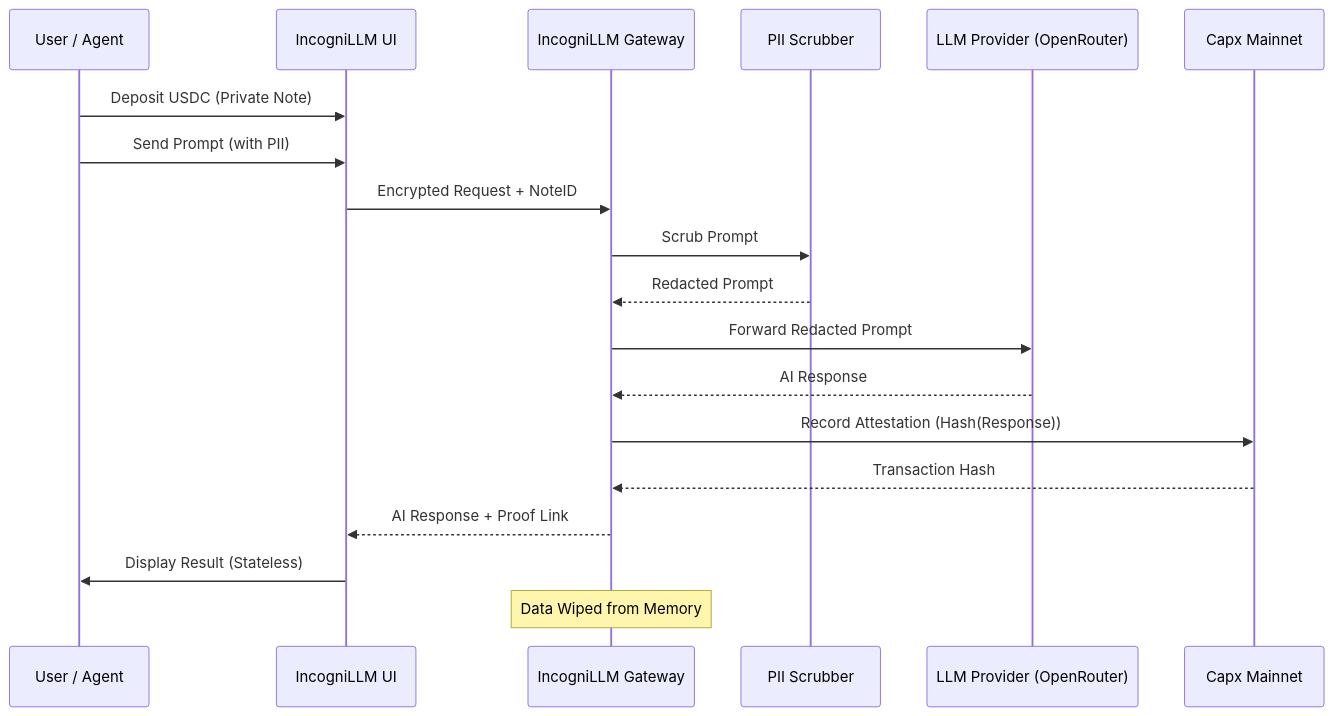
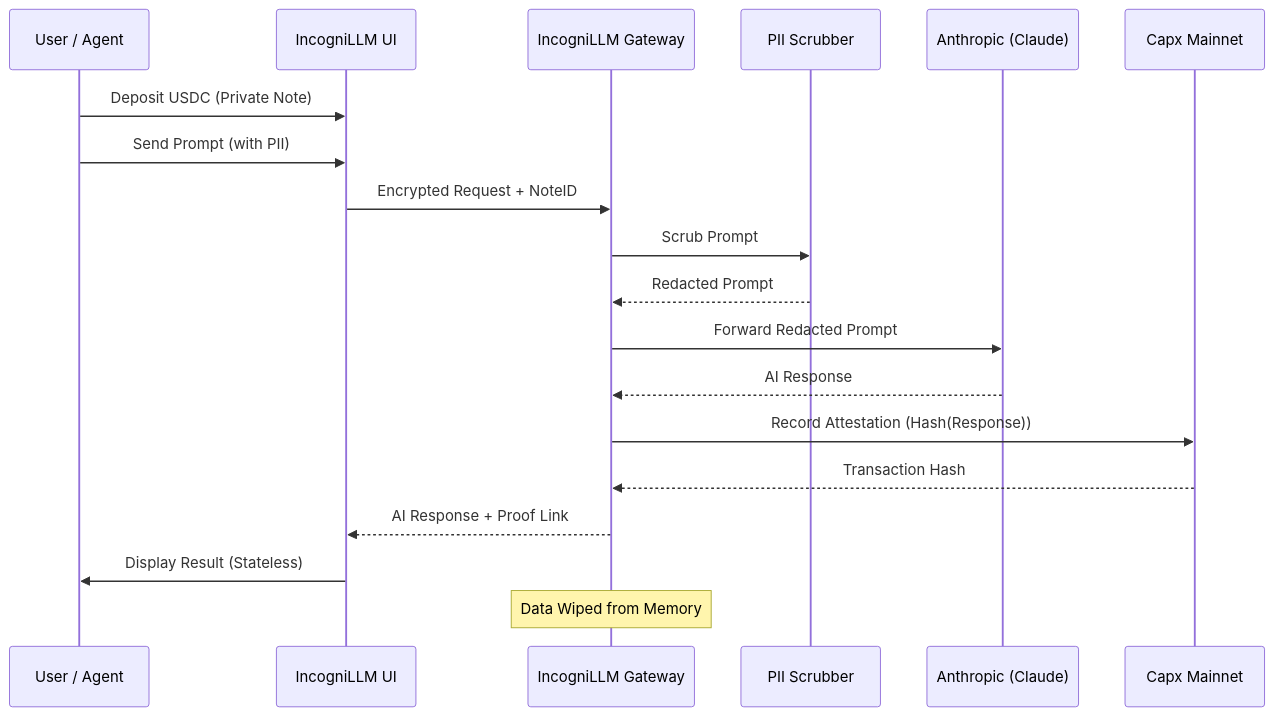
Before and after one commit to Modolo-oss/IncogniLLM: the diagram in README.md, drawn with Mermaid. The commit also changed other lines of this file and 2 other files, not shown here.

Commit message:
Feat: Switch LLM provider from OpenRouter to Anthropic

````diff
--- a/README.md
+++ b/README.md
@@ -47,22 +47,22 @@
 ```mermaid
 sequenceDiagram
     participant User as User / Agent
     participant Frontend as IncogniLLM UI
     participant Gateway as IncogniLLM Gateway
     participant PII as PII Scrubber
-    participant LLM as LLM Provider (OpenRouter)
+    participant LLM as Anthropic (Claude)
     participant Chain as Capx Mainnet
 
     User->>Frontend: Deposit USDC (Private Note)
     User->>Frontend: Send Prompt (with PII)
     Frontend->>Gateway: Encrypted Request + NoteID
     Gateway->>PII: Scrub Prompt
     PII-->>Gateway: Redacted Prompt
     Gateway->>LLM: Forward Redacted Prompt
     LLM-->>Gateway: AI Response
     Gateway->>Chain: Record Attestation (Hash(Response))
     Chain-->>Gateway: Transaction Hash
     Gateway-->>Frontend: AI Response + Proof Link
     Frontend->>User: Display Result (Stateless)
     Note over Gateway: Data Wiped from Memory
 ```
````
